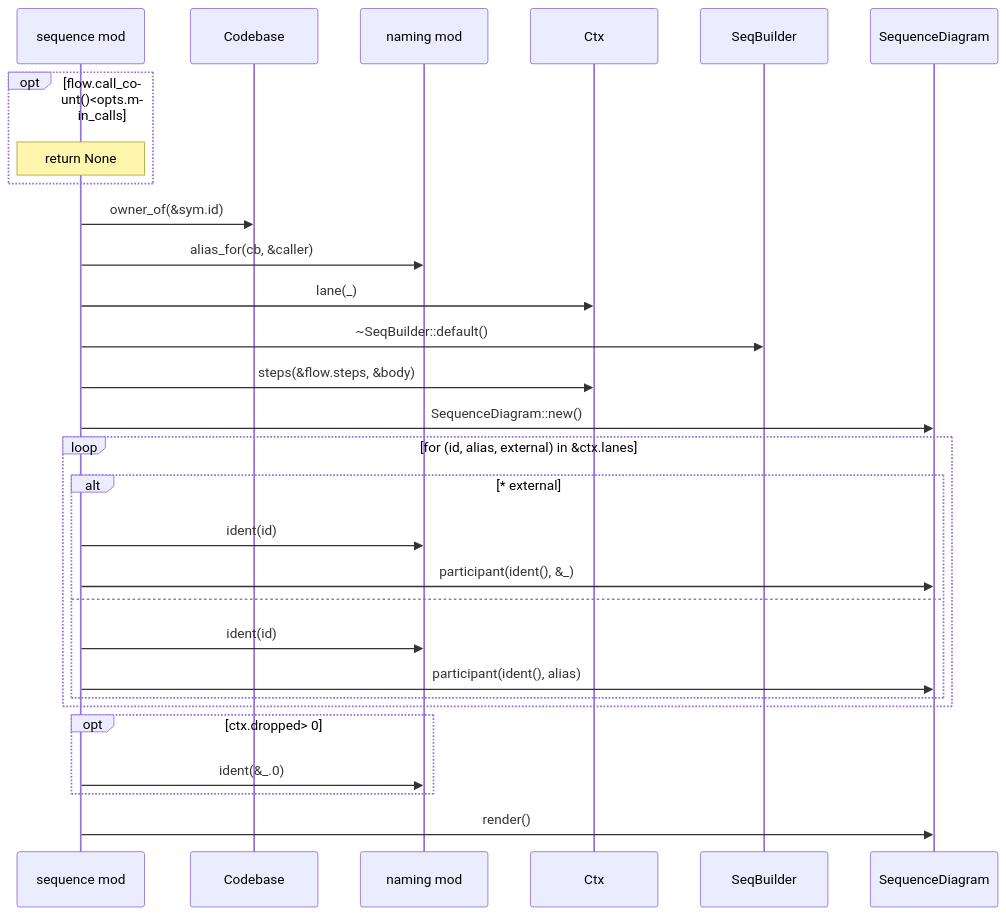
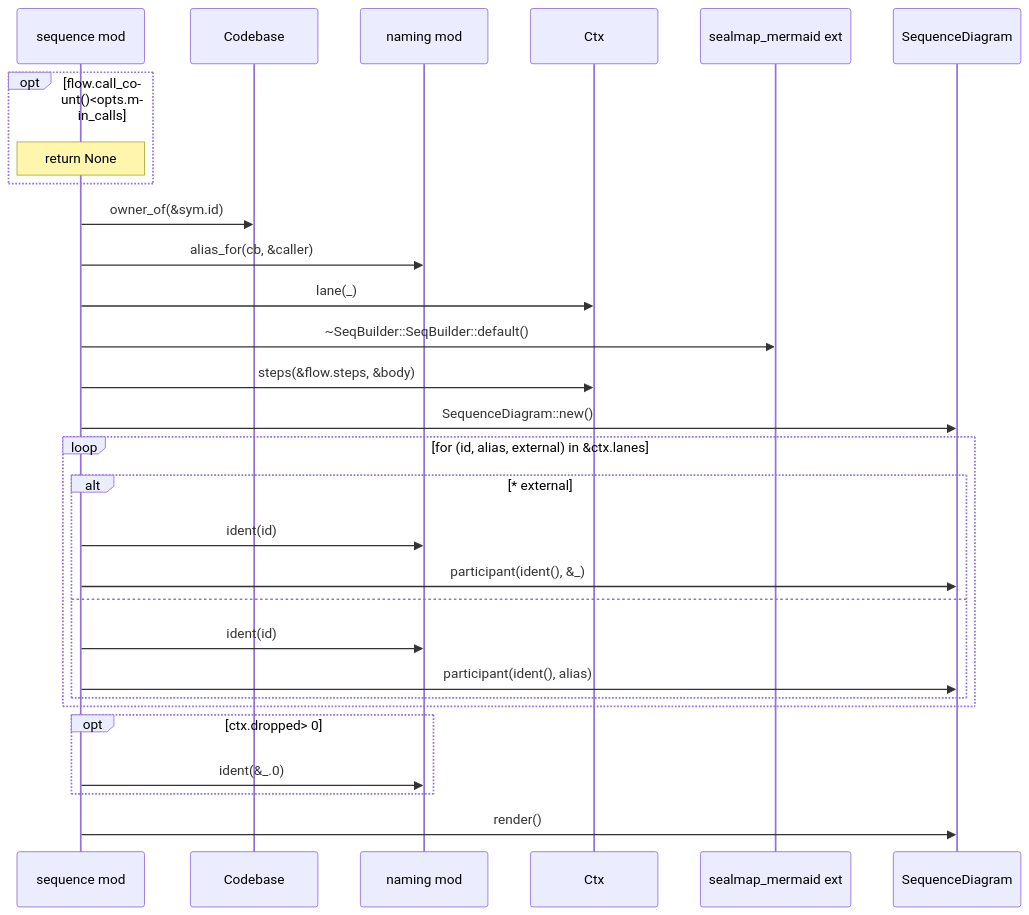
Before and after one commit to DreamLab-AI/codemaid: the second of 4 diagrams in docs/sealmap/crates/sealmap-corpus/src/sequence.rs.md, drawn with Mermaid. The commit also changed other lines of this file and 45 other files, not shown here.

First line of the commit message:
docs: regenerate the self-corpus for sym: ids and schema v2

````diff
--- a/docs/sealmap/crates/sealmap-corpus/src/sequence.rs.md
+++ b/docs/sealmap/crates/sealmap-corpus/src/sequence.rs.md
@@ -83,31 +83,31 @@
 ```mermaid
 sequenceDiagram
   participant sealmap_corpus__sequence as sequence mod
-  participant sealmap_model__codebase__Codebase as Codebase
+  participant sealmap_model__codebase___tCodebase as Codebase
   participant sealmap_corpus__naming as naming mod
-  participant sealmap_corpus__sequence__Ctx as Ctx
-  participant sealmap_mermaid__sequence__SeqBuilder as SeqBuilder
-  participant sealmap_mermaid__sequence__SequenceDiagram as SequenceDiagram
+  participant sealmap_corpus__sequence___tCtx as Ctx
+  participant _sealmap_mermaid as sealmap_mermaid ext
+  participant sealmap_mermaid__sequence___tSequenceDiagram as SequenceDiagram
   opt flow.call_count()<opts.min_calls
     Note over sealmap_corpus__sequence: return None
   end
-  sealmap_corpus__sequence->>sealmap_model__codebase__Codebase: owner_of(&sym.id)
+  sealmap_corpus__sequence->>sealmap_model__codebase___tCodebase: owner_of(&sym.id)
   sealmap_corpus__sequence->>sealmap_corpus__naming: alias_for(cb, &caller)
-  sealmap_corpus__sequence->>sealmap_corpus__sequence__Ctx: lane(_)
-  sealmap_corpus__sequence->>sealmap_mermaid__sequence__SeqBuilder: ~SeqBuilder::default()
-  sealmap_corpus__sequence->>sealmap_corpus__sequence__Ctx: steps(&flow.steps, &body)
-  sealmap_corpus__sequence->>sealmap_mermaid__sequence__SequenceDiagram: SequenceDiagram::new()
+  sealmap_corpus__sequence->>sealmap_corpus__sequence___tCtx: lane(_)
+  sealmap_corpus__sequence->>_sealmap_mermaid: ~SeqBuilder::SeqBuilder::default()
+  sealmap_corpus__sequence->>sealmap_corpus__sequence___tCtx: steps(&flow.steps, &body)
+  sealmap_corpus__sequence->>sealmap_mermaid__sequence___tSequenceDiagram: SequenceDiagram::new()
   loop for (id, alias, external) in &ctx.lanes
     alt * external
       sealmap_corpus__sequence->>sealmap_corpus__naming: ident(id)
-      sealmap_corpus__sequence->>sealmap_mermaid__sequence__SequenceDiagram: participant(ident(), &_)
+      sealmap_corpus__sequence->>sealmap_mermaid__sequence___tSequenceDiagram: participant(ident(), &_)
     else
       sealmap_corpus__sequence->>sealmap_corpus__naming: ident(id)
-      sealmap_corpus__sequence->>sealmap_mermaid__sequence__SequenceDiagram: participant(ident(), alias)
+      sealmap_corpus__sequence->>sealmap_mermaid__sequence___tSequenceDiagram: participant(ident(), alias)
     end
   end
   opt ctx.dropped> 0
     sealmap_corpus__sequence->>sealmap_corpus__naming: ident(&_.0)
   end
-  sealmap_corpus__sequence->>sealmap_mermaid__sequence__SequenceDiagram: render()
+  sealmap_corpus__sequence->>sealmap_mermaid__sequence___tSequenceDiagram: render()
 ```
````
